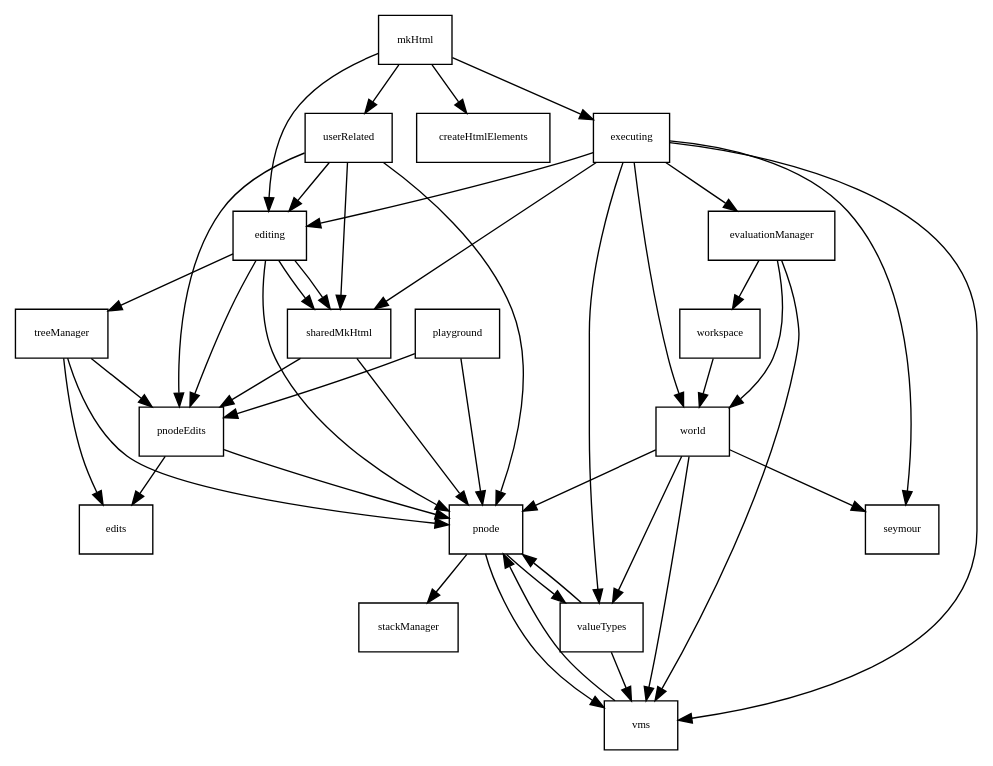
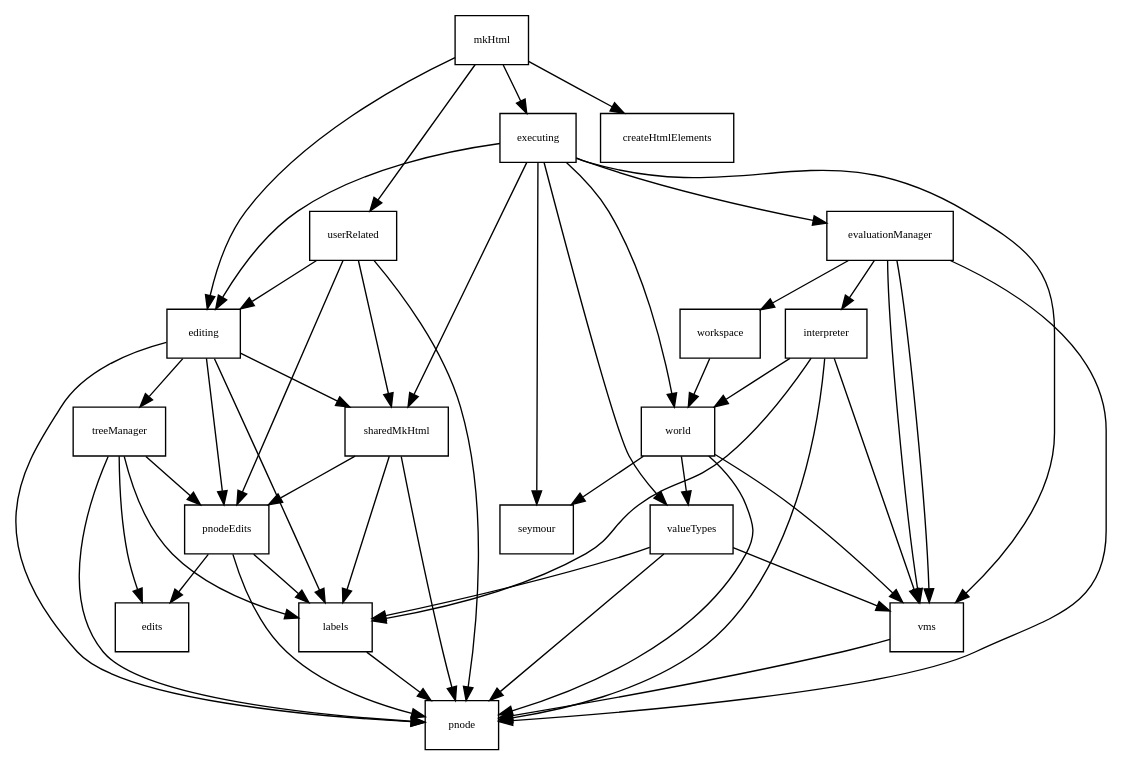
Before and after one commit to theodore-norvell/PLAAY: the diagram in typescriptSrc/dependence.gv, drawn with Graphviz. The commit also changed 12 other files, not shown here.

```diff
--- a/typescriptSrc/dependence.gv
+++ b/typescriptSrc/dependence.gv
@@ -1,84 +1,71 @@
 digraph Depends {
 
    gsize="8,6"; ratio=fill;
    node[fontsize=8, shape=rectangle];
 
    //edits -> assert ;
    //edits -> collections ;
 
-   editing -> sharedMkHtml ;
+   editing -> labels ;
    editing -> pnode ;
    editing -> pnodeEdits ;
    editing -> sharedMkHtml ;
    editing -> treeManager ;
 
    evaluationManager -> vms ;
+   evaluationManager -> interpreter ;
+   evaluationManager -> pnode ;
    evaluationManager -> workspace ;
-   evaluationManager -> world ;
+   evaluationManager -> vms ;
 
    executing -> editing ;
    executing -> evaluationManager ;
    executing -> seymour ;
    executing -> sharedMkHtml ;
    executing -> valueTypes ;
    executing -> vms ;
    executing -> world ;
 
+   interpreter -> pnode ;
+   interpreter -> labels ;
+   interpreter -> vms ;
+   interpreter -> world ;
+
+   labels -> pnode ;
+
    mkHtml -> createHtmlElements ;
    mkHtml -> executing ;
    mkHtml -> editing ;
    mkHtml -> userRelated ;
 
-   //pageManipulation -> assert ;
-   //pageManipulation -> collections ;
-
-   //playground -> assert ;
-   //playground -> collections ;
-   playground -> pnode ;
-   playground -> pnodeEdits ;
-
-   //pnode -> assert ;
-   //pnode -> collections ;
-   pnode -> stackManager ;
-   pnode -> valueTypes ;
-   pnode -> vms ;
-
-   //pnodeEdits -> assert ;
-   //pnodeEdits -> collections ;
    pnodeEdits -> edits ;
+   pnodeEdits -> labels ;
    pnodeEdits -> pnode ;
 
+   sharedMkHtml -> labels ;
    sharedMkHtml -> pnode ;
    sharedMkHtml -> pnodeEdits ;
 
-   //treeManager -> asssert ;
-   //treeManager -> collections ;
    treeManager -> edits ;
+   treeManager -> labels ;
    treeManager -> pnode ;
    treeManager -> pnodeEdits ;
 
    userRelated -> editing ;
    userRelated -> pnodeEdits ;
    userRelated -> pnode ;
    userRelated -> sharedMkHtml ;
    
-   //turtleTest -> seymour ;
-
-   //valueTypes -> assert ;
-   //valueTypes -> collections ;
+   valueTypes -> labels ;
    valueTypes -> pnode ;
    valueTypes -> vms ;
 
-   //vms -> assert ;
-   //vms -> collections ;
    vms -> pnode ;
 
    workspace -> world ;
 
-   //world -> assert ;
-   //world -> collections ;
    world -> pnode ;
    world -> seymour ;
    world -> valueTypes ;
    world -> vms ;
 }
```
